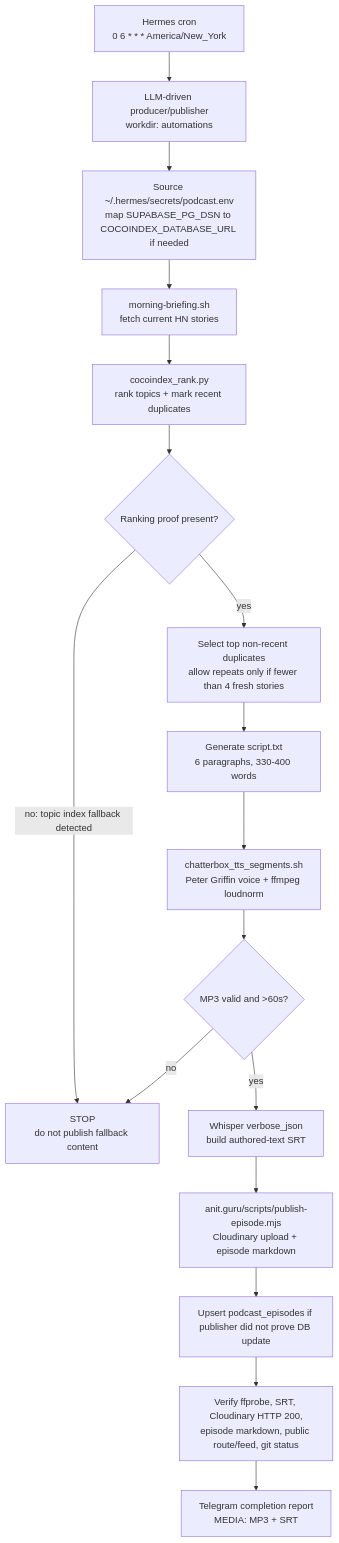
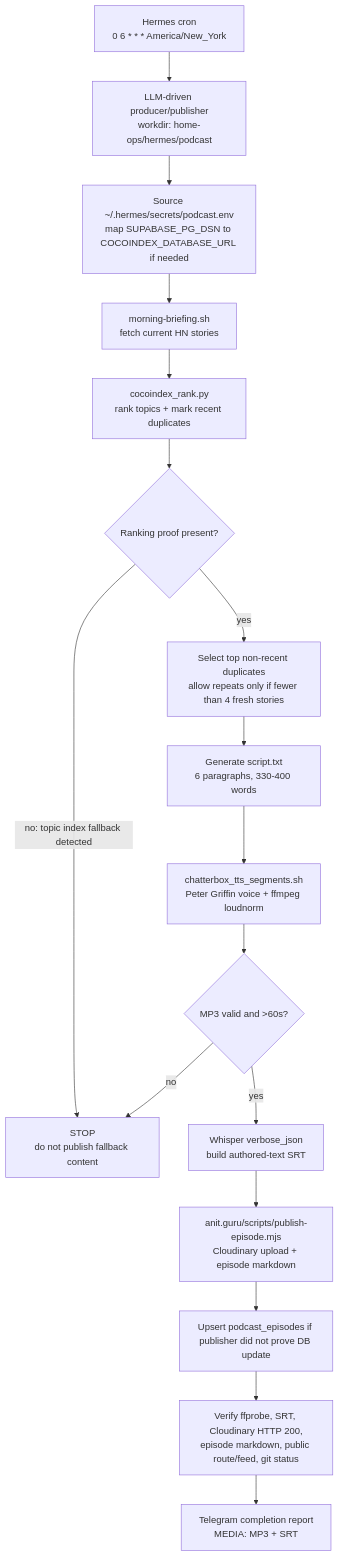
The diagram in hermes/podcast/README.md (anitguru/home-ops), drawn with Mermaid before and after one commit. The commit also changed other lines of this file and 13 other files, not shown here.

Commit message:
chore: migrate automations to Hermes cron

````diff
--- a/hermes/podcast/README.md
+++ b/hermes/podcast/README.md
@@ -39,19 +34,19 @@
 ```mermaid
 flowchart TD
-    Cron["Hermes cron<br/>0 6 * * * America/New_York"] --> Producer["LLM-driven producer/publisher<br/>workdir: automations"]
+    Cron["Hermes cron<br/>0 6 * * * America/New_York"] --> Producer["LLM-driven producer/publisher<br/>workdir: home-ops/hermes/podcast"]
     Producer --> Env["Source ~/.hermes/secrets/podcast.env<br/>map SUPABASE_PG_DSN to COCOINDEX_DATABASE_URL if needed"]
     Env --> Fetch["morning-briefing.sh<br/>fetch current HN stories"]
     Fetch --> Rank["cocoindex_rank.py<br/>rank topics + mark recent duplicates"]
     Rank --> Proof{"Ranking proof present?"}
     Proof -->|"no: topic index fallback detected"| Stop["STOP<br/>do not publish fallback content"]
     Proof -->|"yes"| Select["Select top non-recent duplicates<br/>allow repeats only if fewer than 4 fresh stories"]
     Select --> Script["Generate script.txt<br/>6 paragraphs, 330-400 words"]
     Script --> TTS["chatterbox_tts_segments.sh<br/>Peter Griffin voice + ffmpeg loudnorm"]
     TTS --> AudioCheck{"MP3 valid and >60s?"}
     AudioCheck -->|"no"| Stop
     AudioCheck -->|"yes"| Captions["Whisper verbose_json<br/>build authored-text SRT"]
     Captions --> Publish["anit.guru/scripts/publish-episode.mjs<br/>Cloudinary upload + episode markdown"]
     Publish --> DB["Upsert podcast_episodes if publisher did not prove DB update"]
     DB --> Verify["Verify ffprobe, SRT, Cloudinary HTTP 200,<br/>episode markdown, public route/feed, git status"]
     Verify --> Report["Telegram completion report<br/>MEDIA: MP3 + SRT"]
 ```
````
